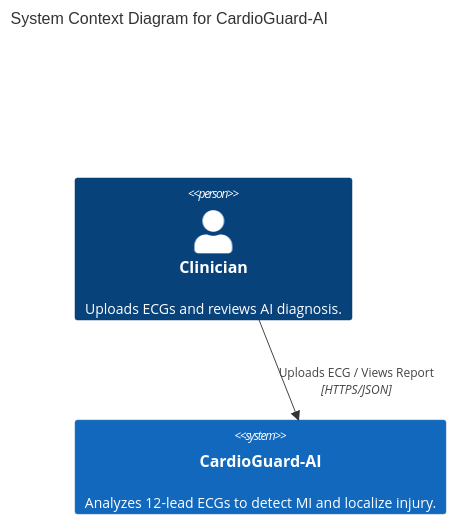
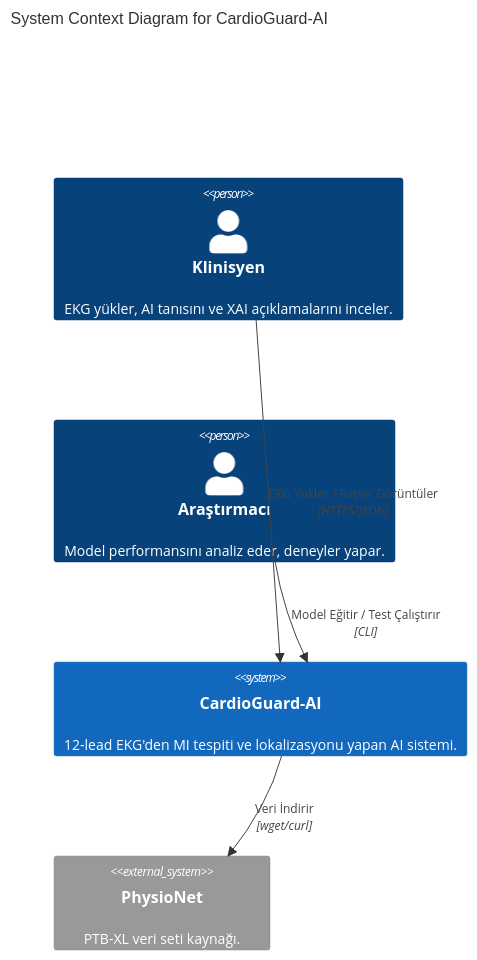
The first of 4 diagrams in docs/01_architecture.md (mUsaulug/CardioGuard-AI), drawn with Mermaid before and after one commit. The commit also changed other lines of this file and 12 other files, not shown here.

````diff
--- a/docs/01_architecture.md
+++ b/docs/01_architecture.md
@@ -8,9 +13,15 @@
 ```mermaid
 C4Context
     title System Context Diagram for CardioGuard-AI
 
-    Person(clinician, "Clinician", "Uploads ECGs and reviews AI diagnosis.")
-    System(cardioguard, "CardioGuard-AI", "Analyzes 12-lead ECGs to detect MI and localize injury.")
+    Person(clinician, "Klinisyen", "EKG yükler, AI tanısını ve XAI açıklamalarını inceler.")
+    Person(researcher, "Araştırmacı", "Model performansını analiz eder, deneyler yapar.")
     
-    Rel(clinician, cardioguard, "Uploads ECG / Views Report", "HTTPS/JSON")
+    System(cardioguard, "CardioGuard-AI", "12-lead EKG'den MI tespiti ve lokalizasyonu yapan AI sistemi.")
+    
+    System_Ext(physionet, "PhysioNet", "PTB-XL veri seti kaynağı.")
+    
+    Rel(clinician, cardioguard, "EKG Yükler / Rapor Görüntüler", "HTTPS/JSON")
+    Rel(researcher, cardioguard, "Model Eğitir / Test Çalıştırır", "CLI")
+    Rel(cardioguard, physionet, "Veri İndirir", "wget/curl")
 ```
````
